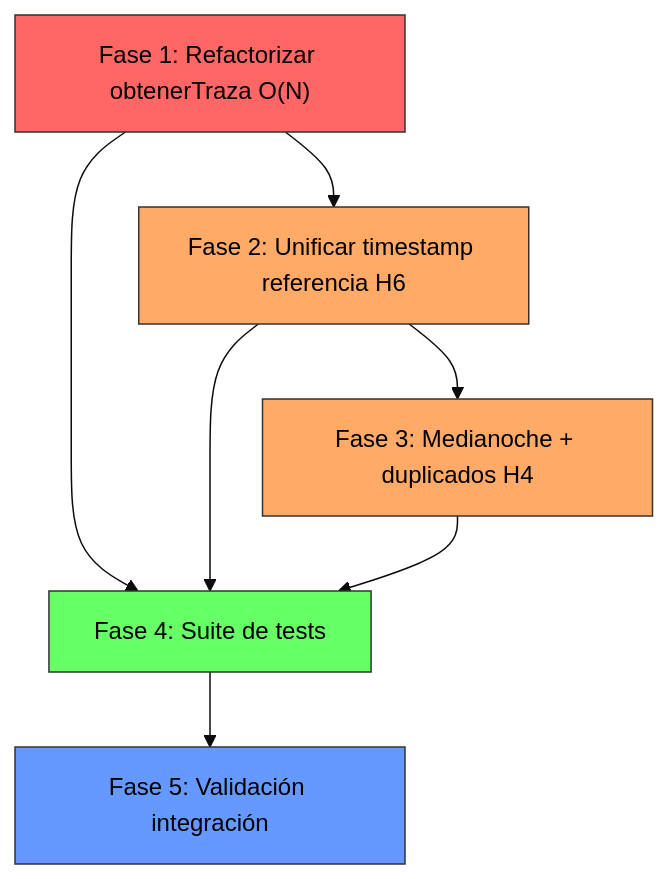
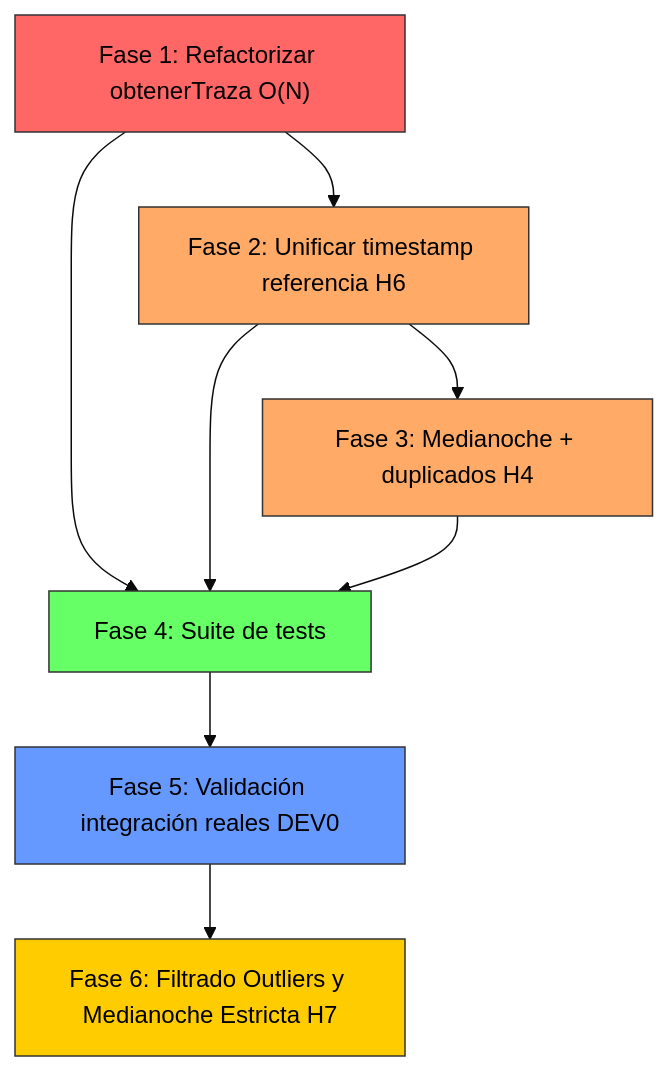
The second of 2 diagrams in docs/blueprints/2026-10-23_plan_refactorizacion_gaps_binary_to_mseed.md (RSA-Proyectos/RSA-Acelerografo), drawn with Mermaid (base theme) before and after one commit. The commit also changed other lines of this file and 3 other files, not shown here.

````diff
--- a/docs/blueprints/2026-10-23_plan_refactorizacion_gaps_binary_to_mseed.md
+++ b/docs/blueprints/2026-10-23_plan_refactorizacion_gaps_binary_to_mseed.md
@@ -563,21 +600,24 @@
 ```mermaid
 graph TD
     F1["Fase 1: Refactorizar obtenerTraza O(N)"]
     F2["Fase 2: Unificar timestamp referencia H6"]
     F3["Fase 3: Medianoche + duplicados H4"]
     F4["Fase 4: Suite de tests"]
-    F5["Fase 5: Validación integración"]
+    F5["Fase 5: Validación integración reales DEV0"]
+    F6["Fase 6: Filtrado Outliers y Medianoche Estricta H7"]
 
     F1 --> F2
     F2 --> F3
     F1 --> F4
     F2 --> F4
     F3 --> F4
     F4 --> F5
+    F5 --> F6
 
     style F1 fill:#ff6666,stroke:#333,color:#000
     style F2 fill:#ffaa66,stroke:#333,color:#000
     style F3 fill:#ffaa66,stroke:#333,color:#000
     style F4 fill:#66ff66,stroke:#333,color:#000
     style F5 fill:#6699ff,stroke:#333,color:#000
+    style F6 fill:#ffcc00,stroke:#333,color:#000
 ```
````
